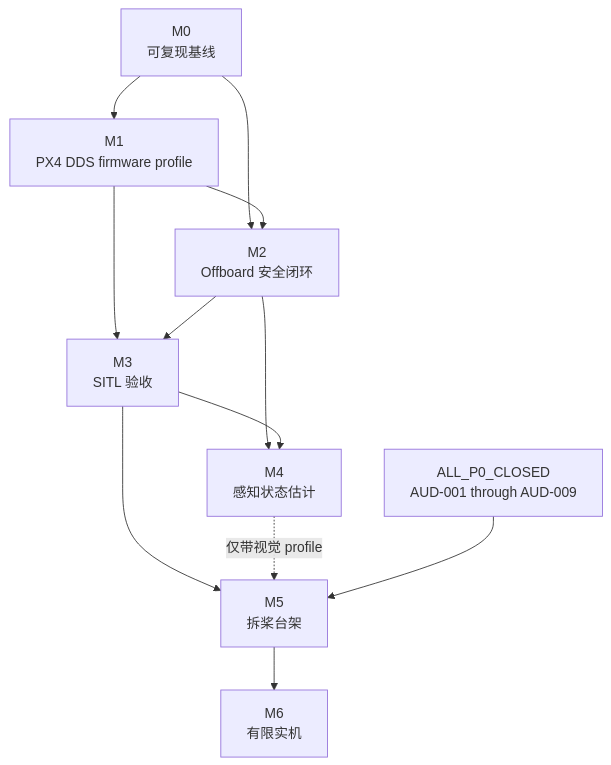
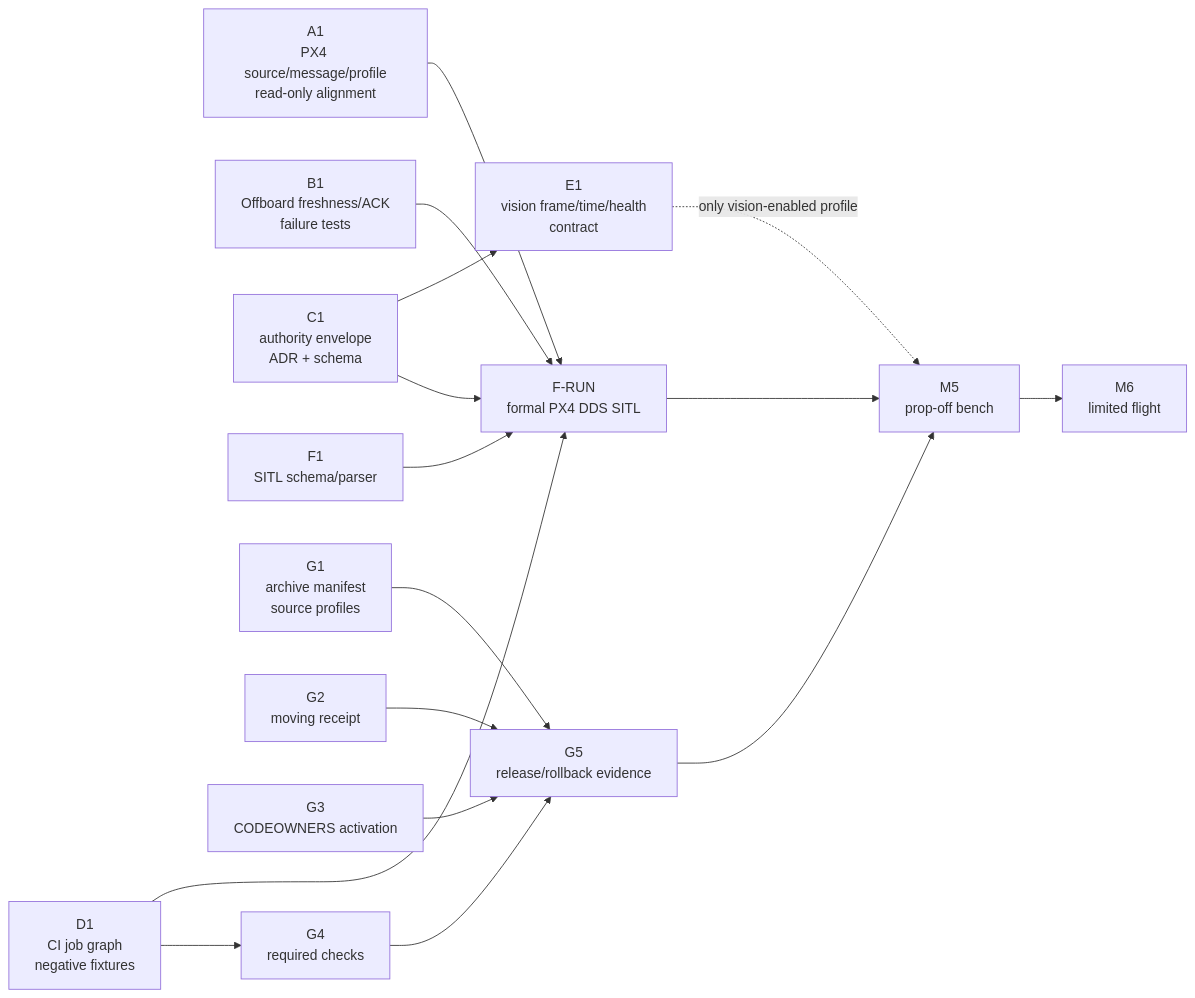
Before and after one commit to BoomBoomFly/BoomBoomFly: the diagram in docs/planning/DEPENDENCY_GRAPH.md, drawn with Mermaid. The commit also changed other lines of this file and 7 other files, not shown here.

````diff
--- a/docs/planning/DEPENDENCY_GRAPH.md
+++ b/docs/planning/DEPENDENCY_GRAPH.md
@@ -109,23 +12,35 @@
 ```mermaid
-flowchart TD
-    M0["M0<br/>可复现基线"]
-    M1["M1<br/>PX4 DDS firmware profile"]
-    M2["M2<br/>Offboard 安全闭环"]
-    M3["M3<br/>SITL 验收"]
-    M4["M4<br/>感知状态估计"]
-    M5["M5<br/>拆桨台架"]
-    M6["M6<br/>有限实机"]
-    P0G["ALL_P0_CLOSED<br/>AUD-001 through AUD-009"]
+flowchart LR
+    A1["A1<br/>PX4 source/message/profile<br/>read-only alignment"]
+    B1["B1<br/>Offboard freshness/ACK<br/>failure tests"]
+    C1["C1<br/>authority envelope<br/>ADR + schema"]
+    D1["D1<br/>CI job graph<br/>negative fixtures"]
+    E1["E1<br/>vision frame/time/health<br/>contract"]
+    F1["F1<br/>SITL schema/parser"]
+    FRun["F-RUN<br/>formal PX4 DDS SITL"]
+    G1["G1<br/>archive manifest<br/>source profiles"]
+    G2["G2<br/>moving receipt"]
+    G3["G3<br/>CODEOWNERS activation"]
+    G4["G4<br/>required checks"]
+    G5["G5<br/>release/rollback evidence"]
+    Bench["M5<br/>prop-off bench"]
+    Flight["M6<br/>limited flight"]
 
-    M0 --> M1
-    M0 --> M2
-    M1 --> M2
-    M1 --> M3
-    M2 --> M3
-    M2 --> M4
-    M3 --> M4
-    M3 --> M5
-    M4 -. "仅带视觉 profile" .-> M5
-    P0G --> M5
-    M5 --> M6
+    C1 --> E1
+    A1 --> FRun
+    B1 --> FRun
+    C1 --> FRun
+    D1 --> FRun
+    F1 --> FRun
+
+    G1 --> G5
+    G2 --> G5
+    D1 --> G4
+    G3 --> G5
+    G4 --> G5
+
+    FRun --> Bench
+    G5 --> Bench
+    E1 -. "only vision-enabled profile" .-> Bench
+    Bench --> Flight
 ```
````
